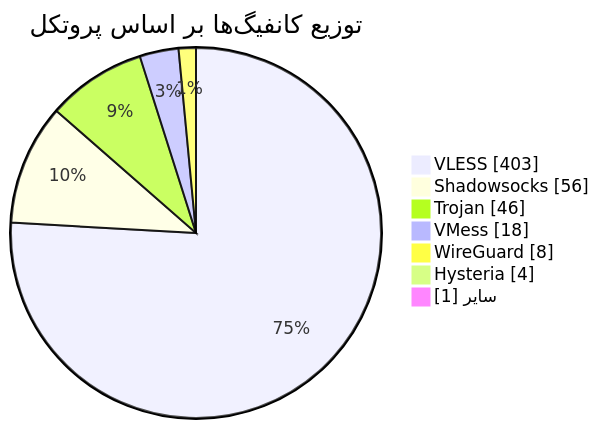
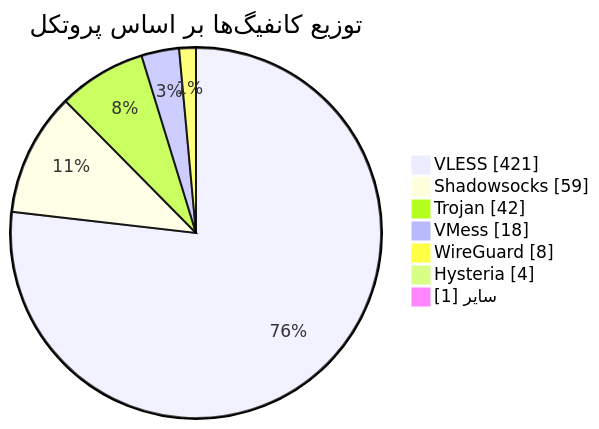
One commit to Arian-Alijani/Somthing changed the diagram in README.md. Above: the diagram before and after it, drawn with Mermaid. The commit also changed other lines of this file and 15 other files, not shown here.

````diff
--- a/README.md
+++ b/README.md
@@ -49,11 +49,11 @@
 ```mermaid
 pie showData
     title توزیع کانفیگ‌ها بر اساس پروتکل
-    "VLESS" : 403
-    "Shadowsocks" : 56
-    "Trojan" : 46
+    "VLESS" : 421
+    "Shadowsocks" : 59
+    "Trojan" : 42
     "VMess" : 18
     "WireGuard" : 8
     "Hysteria" : 4
     "سایر" : 1
 ```
````
